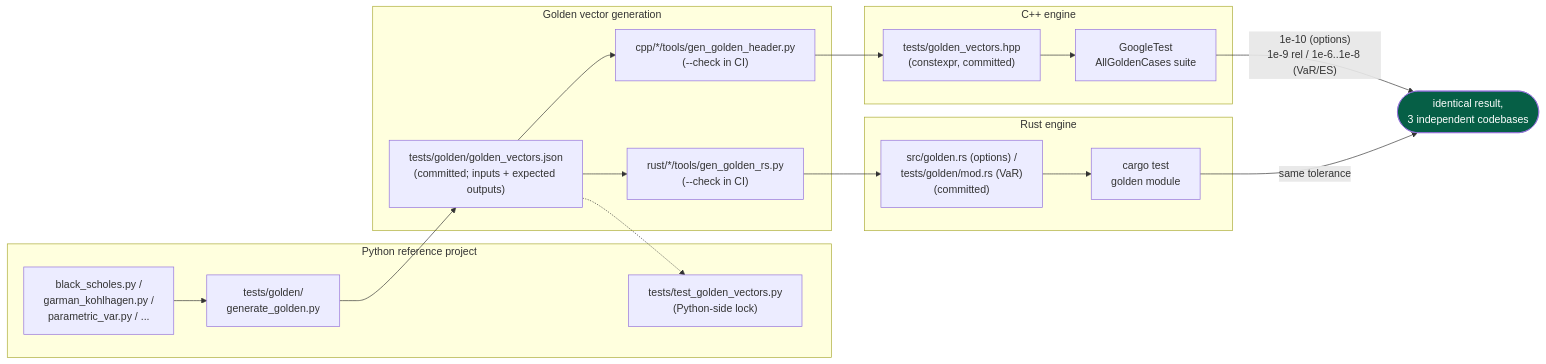
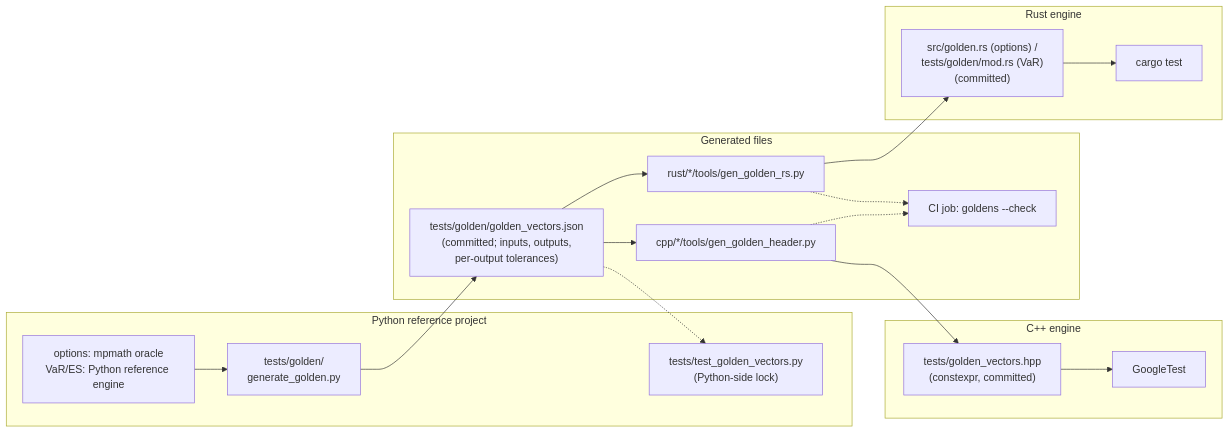
Before and after one commit to AshJha0/quant-portfolio: the second of 6 diagrams in docs/DIAGRAMS.md, drawn with Mermaid. The commit also changed other lines of this file and 2 other files, not shown here.

First line of the commit message:
docs: correct ARCHITECTURE, DIAGRAMS, MARKET_RISK to current conventions

````diff
--- a/docs/DIAGRAMS.md
+++ b/docs/DIAGRAMS.md
@@ -58,33 +57,32 @@
 ```mermaid
 flowchart LR
     subgraph PY["Python reference project"]
-        MODEL["black_scholes.py /<br/>garman_kohlhagen.py /<br/>parametric_var.py / ..."]
+        ORACLE["options: mpmath oracle<br/>VaR/ES: Python reference engine"]
         GEN["tests/golden/<br/>generate_golden.py"]
         LOCK["tests/test_golden_vectors.py<br/>(Python-side lock)"]
     end
 
-    subgraph GOLD["Golden vector generation"]
-        JSON["tests/golden/golden_vectors.json<br/>(committed; inputs + expected outputs)"]
-        HGEN["cpp/*/tools/gen_golden_header.py<br/>(--check in CI)"]
-        RGEN["rust/*/tools/gen_golden_rs.py<br/>(--check in CI)"]
+    subgraph GOLD["Generated files"]
+        JSON["tests/golden/golden_vectors.json<br/>(committed; inputs, outputs,<br/>per-output tolerances)"]
+        HGEN["cpp/*/tools/gen_golden_header.py"]
+        RGEN["rust/*/tools/gen_golden_rs.py"]
+        CHK["CI job: goldens --check"]
     end
 
     subgraph CPPE["C++ engine"]
         HPP["tests/golden_vectors.hpp<br/>(constexpr, committed)"]
-        GT["GoogleTest<br/>AllGoldenCases suite"]
+        GT["GoogleTest"]
     end
 
     subgraph RUSTE["Rust engine"]
         GRS["src/golden.rs (options) /<br/>tests/golden/mod.rs (VaR)<br/>(committed)"]
-        CT["cargo test<br/>golden module"]
+        CT["cargo test"]
     end
 
-    MODEL --> GEN --> JSON
+    ORACLE --> GEN --> JSON
     JSON -.-> LOCK
     JSON --> HGEN --> HPP --> GT
     JSON --> RGEN --> GRS --> CT
-    GT -->|"1e-10 (options)<br/>1e-9 rel / 1e-6..1e-8 (VaR/ES)"| PASS(["identical result,<br/>3 independent codebases"])
-    CT -->|same tolerance| PASS
-
-    style PASS fill:#065f46,color:#fff
+    HGEN -.-> CHK
+    RGEN -.-> CHK
 ```
````
